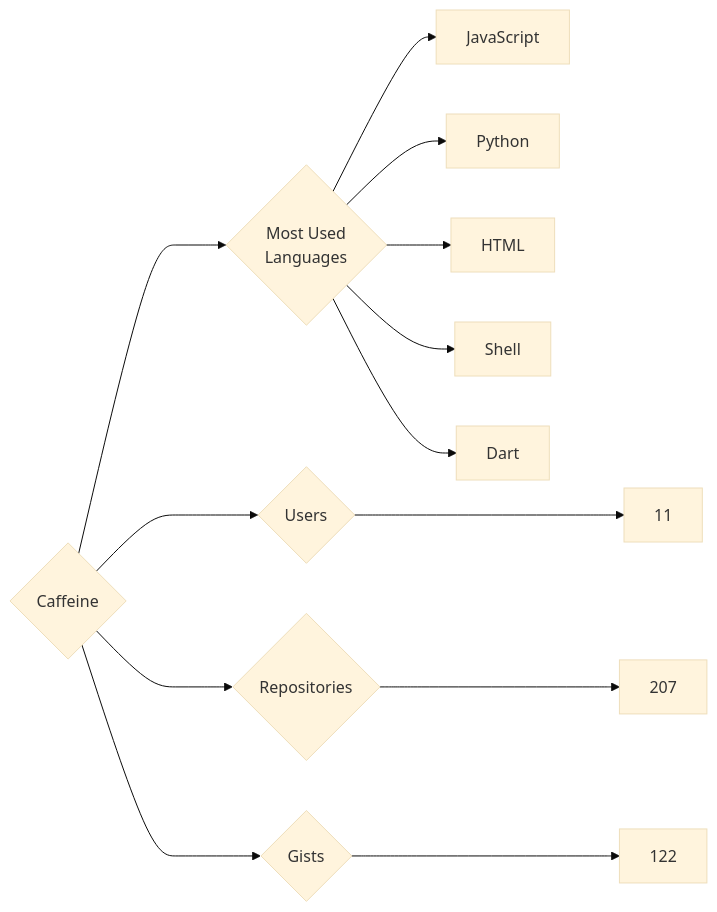
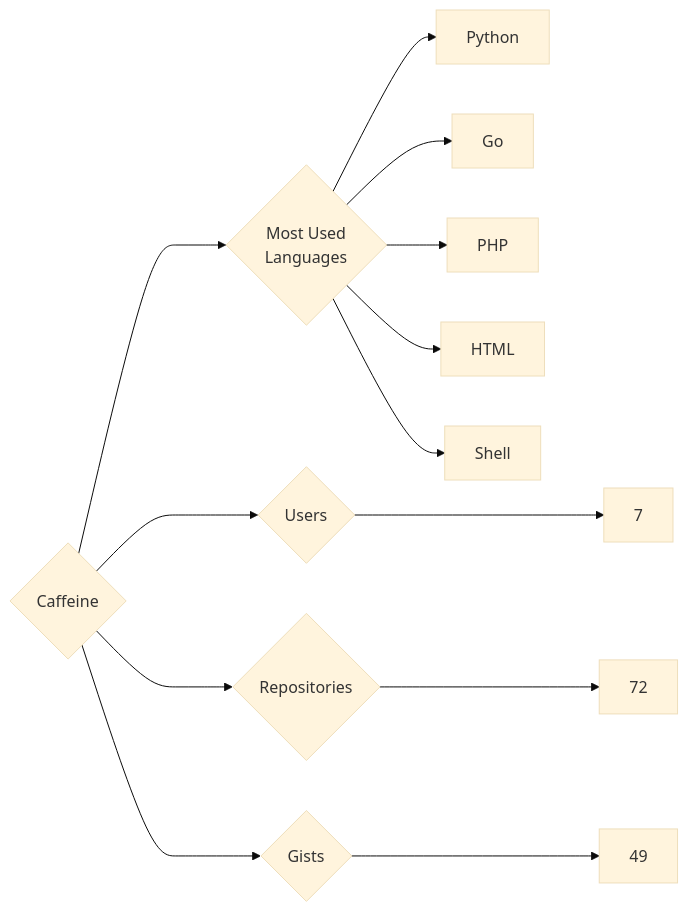
Before and after one commit to trickest/insiders: the diagram in targets/Caffeine/README.md, drawn with Mermaid (base theme). The commit also changed 1084 other files, not shown here.

````diff
--- a/targets/Caffeine/README.md
+++ b/targets/Caffeine/README.md
@@ -3,13 +3,13 @@
 ```mermaid
 graph LR
 COMPANY_NAME{Caffeine}
-COMPANY_NAME ---> U{Users} ---> UN[11]
-COMPANY_NAME ---> R{Repositories} ---> RN[207]
-COMPANY_NAME ---> G{Gists} ---> GN[122]
+COMPANY_NAME ---> U{Users} ---> UN[7]
+COMPANY_NAME ---> R{Repositories} ---> RN[72]
+COMPANY_NAME ---> G{Gists} ---> GN[49]
 COMPANY_NAME ---> ML{Most Used<br>Languages}
-ML --> JavaScript[JavaScript]
 ML --> Python[Python]
+ML --> Go[Go]
+ML --> PHP[PHP]
 ML --> HTML[HTML]
 ML --> Shell[Shell]
-ML --> Dart[Dart]
 ```
````
